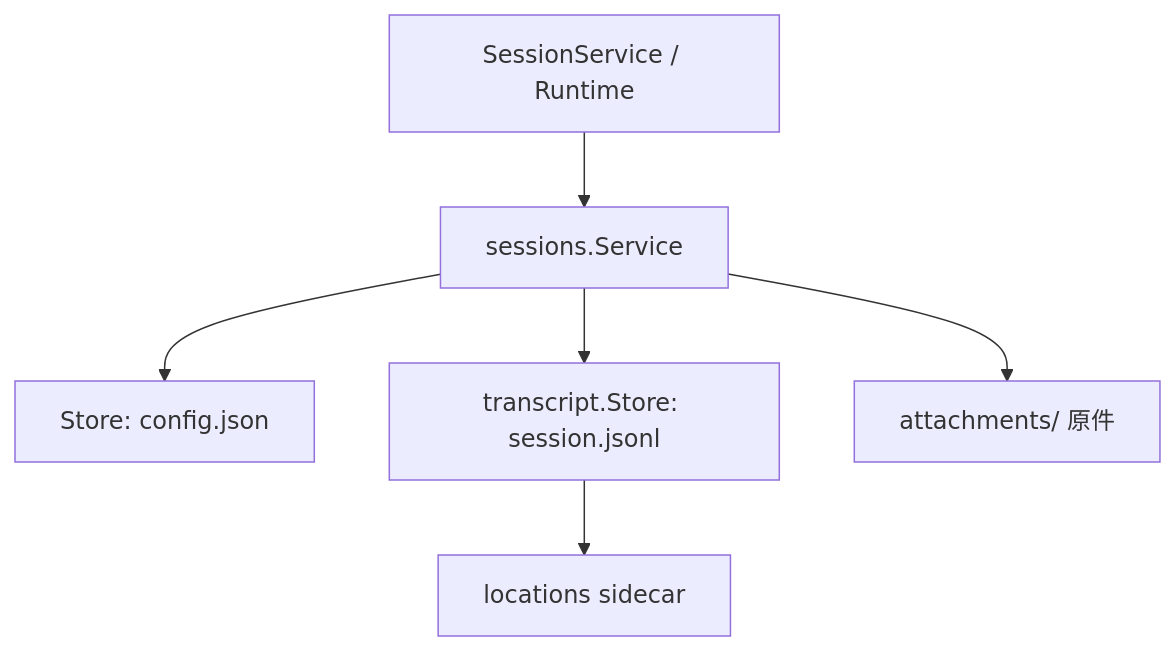
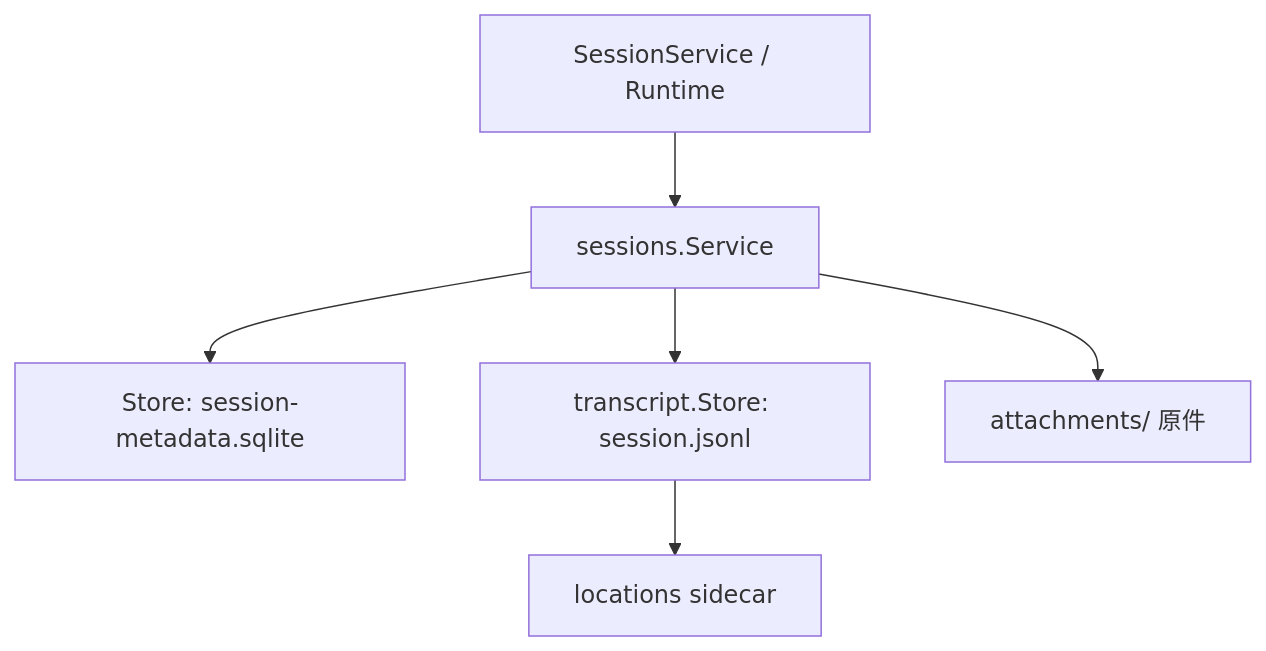
One commit to sda1-hacker/humbert-agent changed the first of 2 diagrams in internal/sessions/README.md. Above: the diagram before and after it, drawn with Mermaid. The commit also changed other lines of this file and 112 other files, not shown here.

````diff
--- a/internal/sessions/README.md
+++ b/internal/sessions/README.md
@@ -9,8 +11,8 @@
 ```mermaid
 flowchart TD
   UI[SessionService / Runtime] --> S[sessions.Service]
-  S --> M[Store: config.json]
+  S --> M[Store: session-metadata.sqlite]
   S --> T[transcript.Store: session.jsonl]
   S --> A[attachments/ 原件]
   T --> I[locations sidecar]
 ```
````
